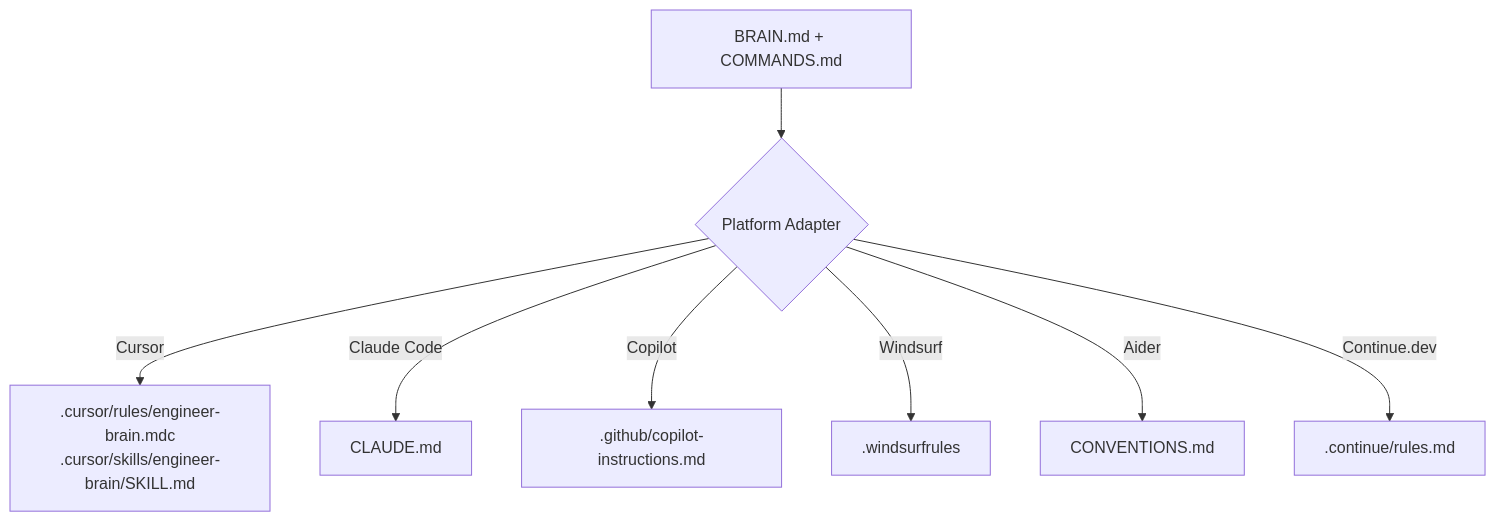
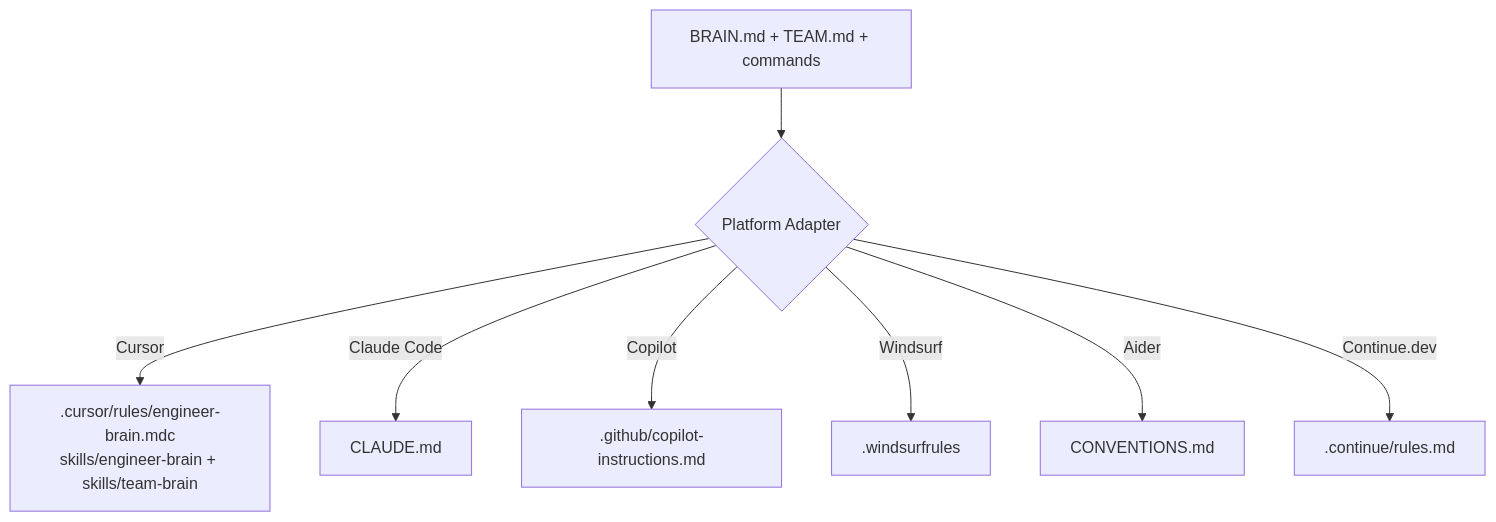
Before and after one commit to Hrithik-Gavankar/brainstack: the fourth of 6 diagrams in docs/architecture.md, drawn with Mermaid. The commit also changed other lines of this file and 19 other files, not shown here.

First line of the commit message:
feat(team-brain): add team scope skill with local/git sync for demo

````diff
--- a/docs/architecture.md
+++ b/docs/architecture.md
@@ -129,10 +149,10 @@
 ```mermaid
 flowchart TD
-    BRAIN[BRAIN.md + COMMANDS.md] --> ADAPTER{Platform Adapter}
-    ADAPTER -->|Cursor| A1[".cursor/rules/engineer-brain.mdc<br/>.cursor/skills/engineer-brain/SKILL.md"]
+    BRAIN[BRAIN.md + TEAM.md + commands] --> ADAPTER{Platform Adapter}
+    ADAPTER -->|Cursor| A1[".cursor/rules/engineer-brain.mdc<br/>skills/engineer-brain + skills/team-brain"]
     ADAPTER -->|Claude Code| A2["CLAUDE.md"]
     ADAPTER -->|Copilot| A3[".github/copilot-instructions.md"]
     ADAPTER -->|Windsurf| A4[".windsurfrules"]
     ADAPTER -->|Aider| A5["CONVENTIONS.md"]
     ADAPTER -->|Continue.dev| A6[".continue/rules.md"]
 ```
````
